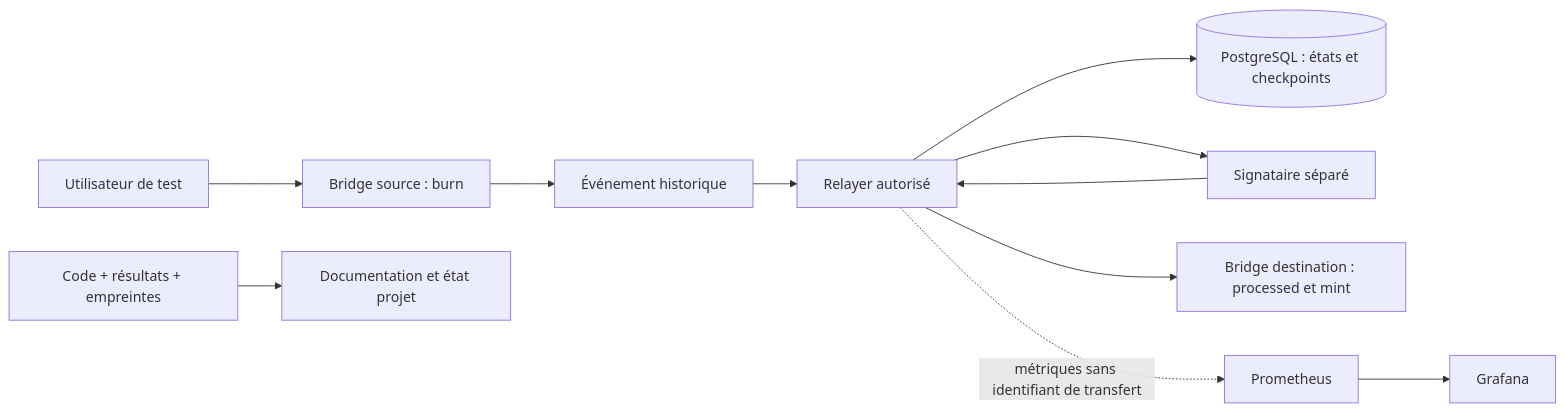
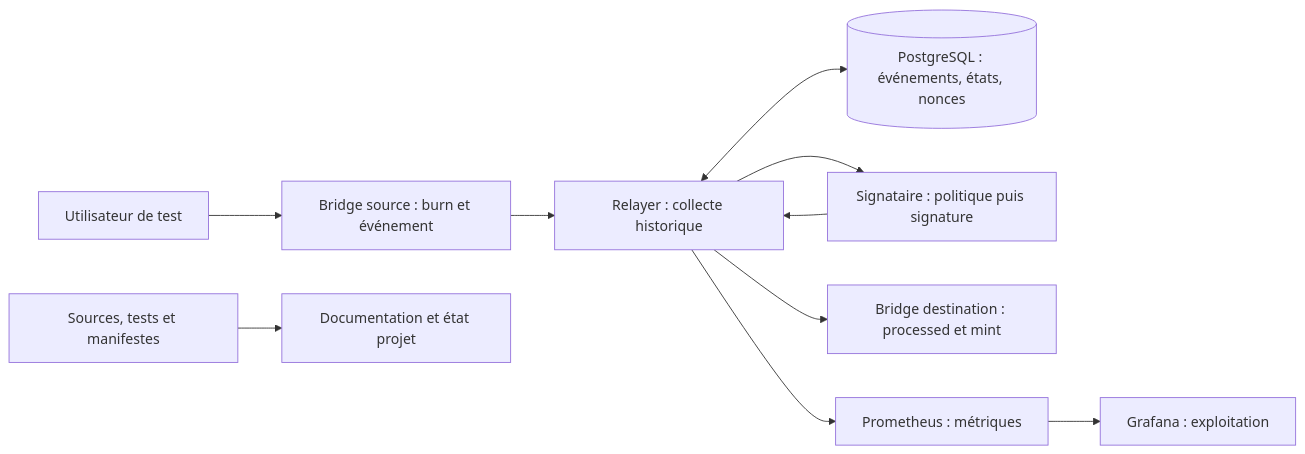
One commit to m4tth1euNa0p1c/sandb0x-Bridge-ERC20 changed the first of 2 diagrams in docs/architecture.md. Above: the diagram before and after it, drawn with Mermaid. The commit also changed other lines of this file and 69 other files, not shown here.

````diff
--- a/docs/architecture.md
+++ b/docs/architecture.md
@@ -7,13 +30,12 @@
 ```mermaid
 flowchart LR
-    U[Utilisateur de test] --> A[Bridge source : burn]
-    A --> E[Événement historique]
-    E --> R[Relayer autorisé]
-    R --> DB[(PostgreSQL : états et checkpoints)]
-    R --> S[Signataire séparé]
+    U[Utilisateur de test] --> A[Bridge source : burn et événement]
+    A --> R[Relayer : collecte historique]
+    R <--> DB[(PostgreSQL : événements, états, nonces)]
+    R --> S[Signataire : politique puis signature]
     S --> R
     R --> B[Bridge destination : processed et mint]
-    R -. métriques sans identifiant de transfert .-> P[Prometheus]
-    P --> G[Grafana]
-    V[Code + résultats + empreintes] --> D[Documentation et état projet]
+    R --> P[Prometheus : métriques]
+    P --> G[Grafana : exploitation]
+    E[Sources, tests et manifestes] --> D[Documentation et état projet]
 ```
````
